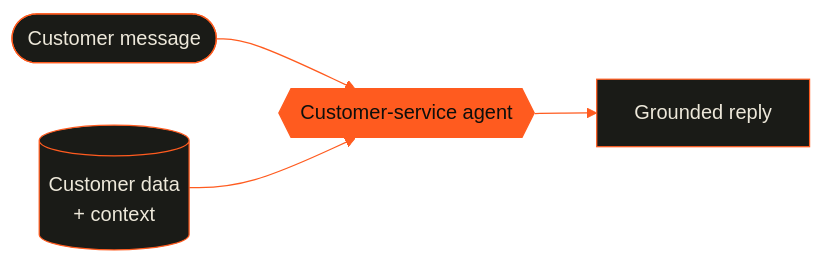
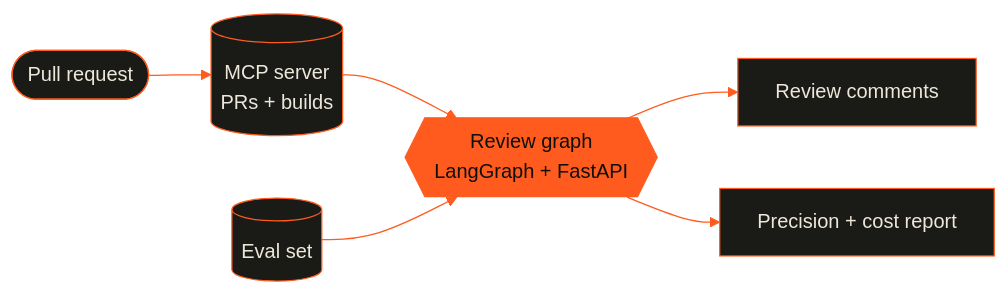
Before and after one commit to Juand0014/Juand0014: the second of 2 diagrams in README.md, drawn with Mermaid. The commit also changed other lines of this file, not shown here.

````diff
--- a/README.md
+++ b/README.md
@@ -53,9 +53,11 @@
 ```mermaid
 %%{init: {'theme':'base','themeVariables':{'primaryColor':'#1A1B17','primaryTextColor':'#EDE8DA','primaryBorderColor':'#FF5B1F','lineColor':'#FF5B1F','secondaryColor':'#1A1B17','tertiaryColor':'#0E0F0C','fontFamily':'trebuchet ms, verdana, arial, sans-serif'}}}%%
 flowchart LR
-    M(["Customer message"]) --> C{{"Customer-service agent"}}
-    D[("Customer data<br/>+ context")] --> C
-    C --> G["Grounded reply"]
+    D(["Pull request"]) --> M[("MCP server<br/>PRs + builds")]
+    M --> G{{"Review graph<br/>LangGraph + FastAPI"}}
+    G --> C["Review comments"]
+    E[("Eval set")] --> G
+    G --> S["Precision + cost report"]
     classDef hot fill:#FF5B1F,stroke:#FF5B1F,color:#0E0F0C;
-    class C hot;
+    class G hot;
 ```
````
